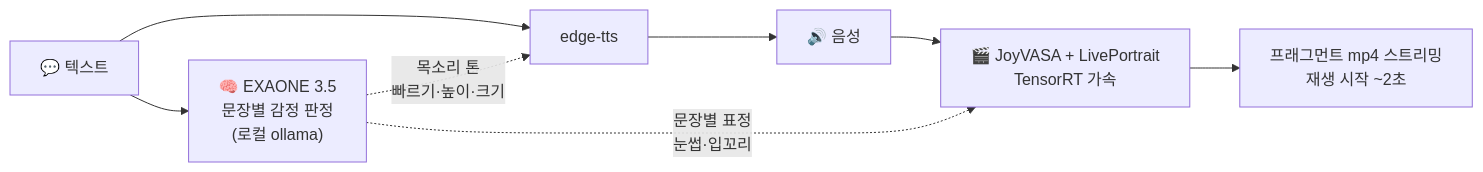
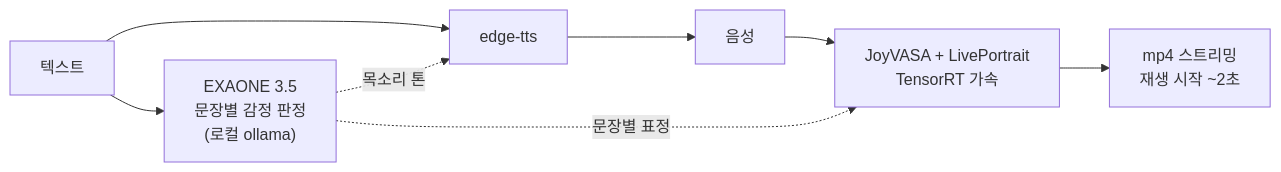
Before and after one commit to ingon1026/talking-drawing-avatar: the diagram in README.md, drawn with Mermaid. The commit also changed other lines of this file, not shown here.

````diff
--- a/README.md
+++ b/README.md
@@ -28,10 +28,10 @@
 ```mermaid
 flowchart LR
-    T["💬 텍스트"] --> EX["🧠 EXAONE 3.5<br/>문장별 감정 판정<br/>(로컬 ollama)"]
+    T["텍스트"] --> EX["EXAONE 3.5<br/>문장별 감정 판정<br/>(로컬 ollama)"]
     T --> TTS["edge-tts"]
-    EX -. "목소리 톤<br/>빠르기·높이·크기" .-> TTS
-    TTS --> WAV["🔊 음성"]
-    WAV --> JV["🎬 JoyVASA + LivePortrait<br/>TensorRT 가속"]
-    EX -. "문장별 표정<br/>눈썹·입꼬리" .-> JV
-    JV --> OUT["프래그먼트 mp4 스트리밍<br/>재생 시작 ~2초"]
+    EX -. "목소리 톤" .-> TTS
+    TTS --> WAV["음성"]
+    WAV --> JV["JoyVASA + LivePortrait<br/>TensorRT 가속"]
+    EX -. "문장별 표정" .-> JV
+    JV --> OUT["mp4 스트리밍<br/>재생 시작 ~2초"]
 ```
````
